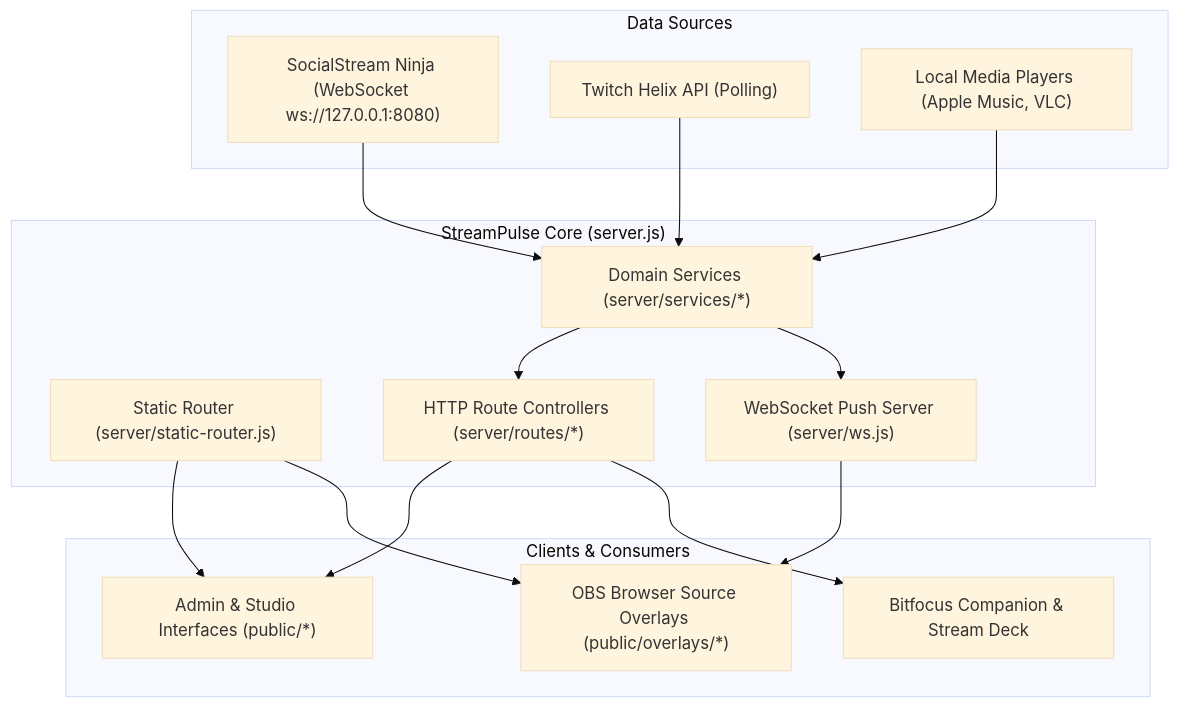
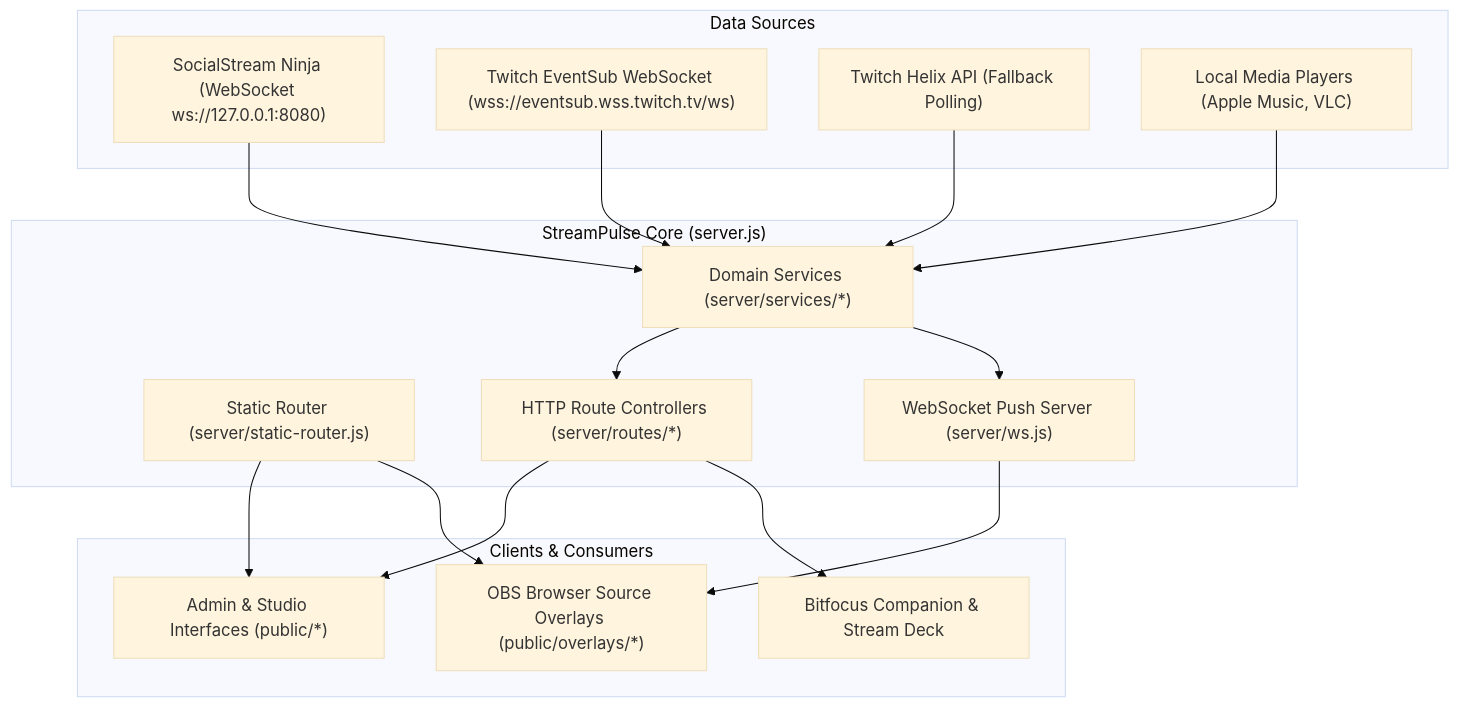
One commit to jarbochov/StreamPulse changed the diagram in docs/architecture.md. Above: the diagram before and after it, drawn with Mermaid (base theme). The commit also changed other lines of this file and 14 other files, not shown here.

Commit message:
feat: Twitch EventSub WebSocket integration and server modularization

````diff
--- a/docs/architecture.md
+++ b/docs/architecture.md
@@ -11,34 +11,36 @@
 ```mermaid
 flowchart TD
     subgraph DataSources["Data Sources"]
         SSN["SocialStream Ninja (WebSocket ws://127.0.0.1:8080)"]
-        Twitch["Twitch Helix API (Polling)"]
+        TwitchWS["Twitch EventSub WebSocket (wss://eventsub.wss.twitch.tv/ws)"]
+        Twitch["Twitch Helix API (Fallback Polling)"]
         Media["Local Media Players (Apple Music, VLC)"]
     end
 
     subgraph StreamPulseCore["StreamPulse Core (server.js)"]
         StaticRouter["Static Router (server/static-router.js)"]
         WSManager["WebSocket Push Server (server/ws.js)"]
         Services["Domain Services (server/services/*)"]
         Controllers["HTTP Route Controllers (server/routes/*)"]
     end
 
     subgraph Clients["Clients & Consumers"]
         AdminUI["Admin & Studio Interfaces (public/*)"]
         OBS["OBS Browser Source Overlays (public/overlays/*)"]
         Companion["Bitfocus Companion & Stream Deck"]
     end
 
     SSN --> Services
+    TwitchWS --> Services
     Twitch --> Services
     Media --> Services
     
     Services --> Controllers
     Services --> WSManager
     
     Controllers --> AdminUI
     Controllers --> Companion
     WSManager --> OBS
     StaticRouter --> AdminUI
     StaticRouter --> OBS
 ```
````
